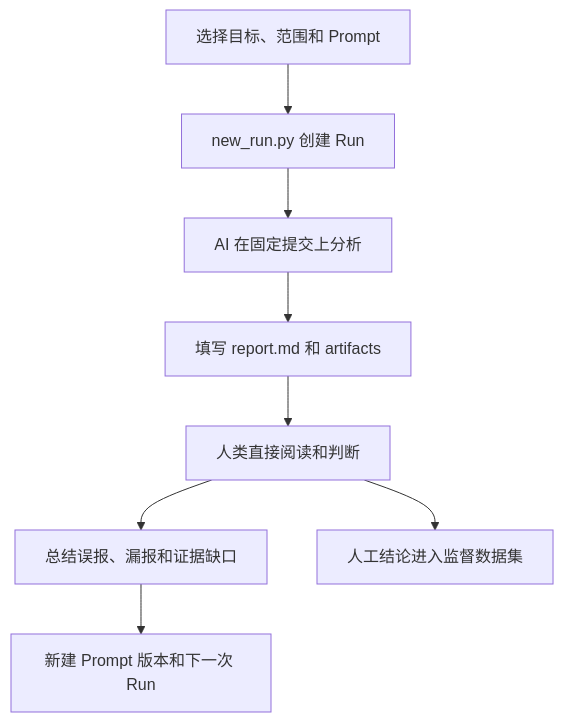
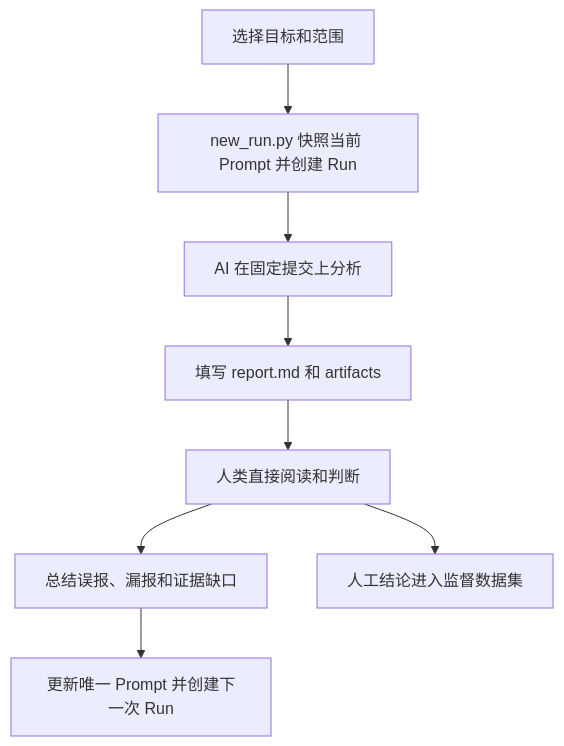
Before and after one commit to Schleifner/wasm-defect-analysis: the diagram in docs/CN-workflow.md, drawn with Mermaid. The commit also changed other lines of this file and 12 other files, not shown here.

````diff
--- a/docs/CN-workflow.md
+++ b/docs/CN-workflow.md
@@ -7,10 +7,10 @@
 ```mermaid
 flowchart TD
-    A[选择目标、范围和 Prompt] --> B[new_run.py 创建 Run]
+  A[选择目标和范围] --> B[new_run.py 快照当前 Prompt 并创建 Run]
     B --> C[AI 在固定提交上分析]
     C --> D[填写 report.md 和 artifacts]
     D --> E[人类直接阅读和判断]
     E --> F[总结误报、漏报和证据缺口]
-    F --> G[新建 Prompt 版本和下一次 Run]
+    F --> G[更新唯一 Prompt 并创建下一次 Run]
     E --> H[人工结论进入监督数据集]
 ```
````
